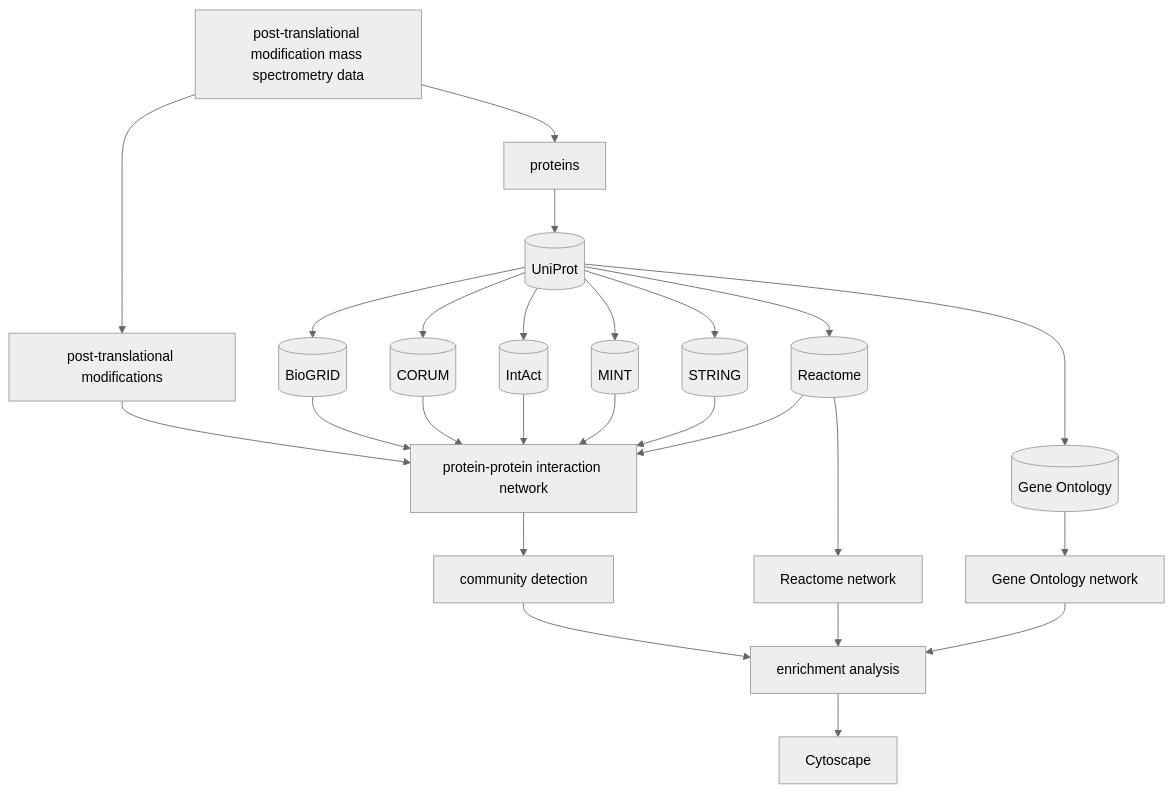
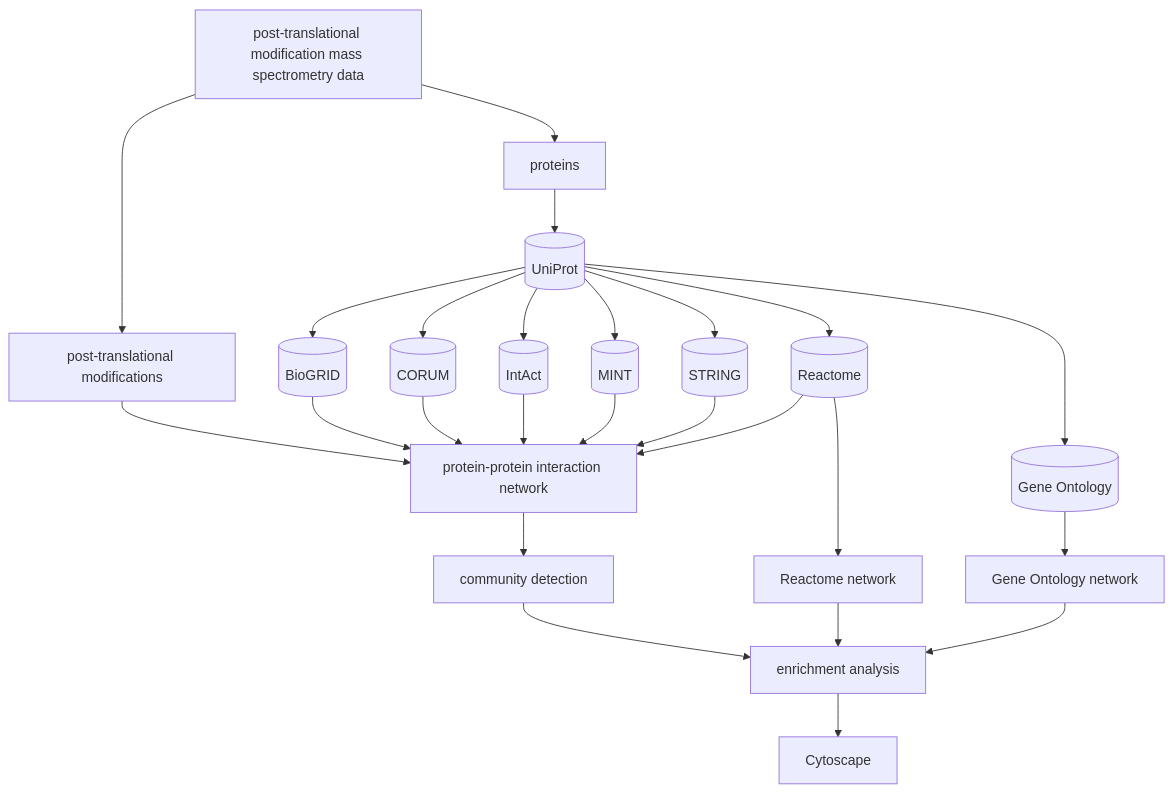
The diagram in README.md (MolBIFFM/diana), drawn with Mermaid before and after one commit.

Commit message:
flowchart

````diff
--- a/README.md
+++ b/README.md
@@ -52,35 +52,34 @@
 ```mermaid
 flowchart
-  %%{init: { "theme": "neutral" } }%%
   ptm-ms-data[post-translational modification mass spectrometry data] -->
     proteins[proteins]
   ptm-ms-data --> ptm[post-translational modifications]
 
   proteins --> uniprot[(UniProt)]
   ptm -->
     protein-protein-interaction-network[protein-protein interaction network]
 
   uniprot --> biogrid[(BioGRID)]
   uniprot --> corum[(CORUM)]
   uniprot --> intact[(IntAct)]
   uniprot --> mint[(MINT)]
   uniprot --> reactome[(Reactome)]
   uniprot --> string[(STRING)]
   uniprot --> gene-ontology[(Gene Ontology)]
 
   biogrid --> protein-protein-interaction-network
   corum --> protein-protein-interaction-network
   intact--> protein-protein-interaction-network
   mint --> protein-protein-interaction-network
   string --> protein-protein-interaction-network
   reactome --> protein-protein-interaction-network
   gene-ontology --> gene-ontology-network[Gene Ontology network]
   reactome --> reactome-network[Reactome network]
 
   protein-protein-interaction-network -->
     community-detection[community detection]
   community-detection --> enrichment-analysis[enrichment analysis]
   reactome-network --> enrichment-analysis
   gene-ontology-network --> enrichment-analysis
   enrichment-analysis --> cytoscape[Cytoscape]
 ```
````
